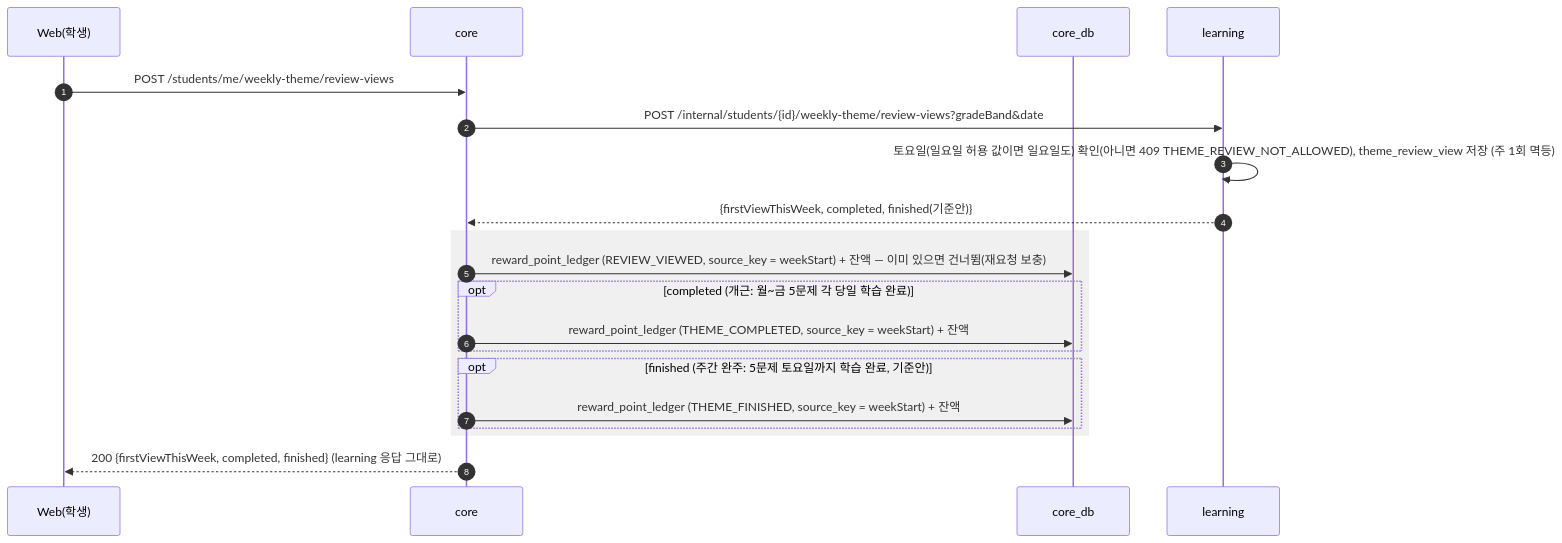
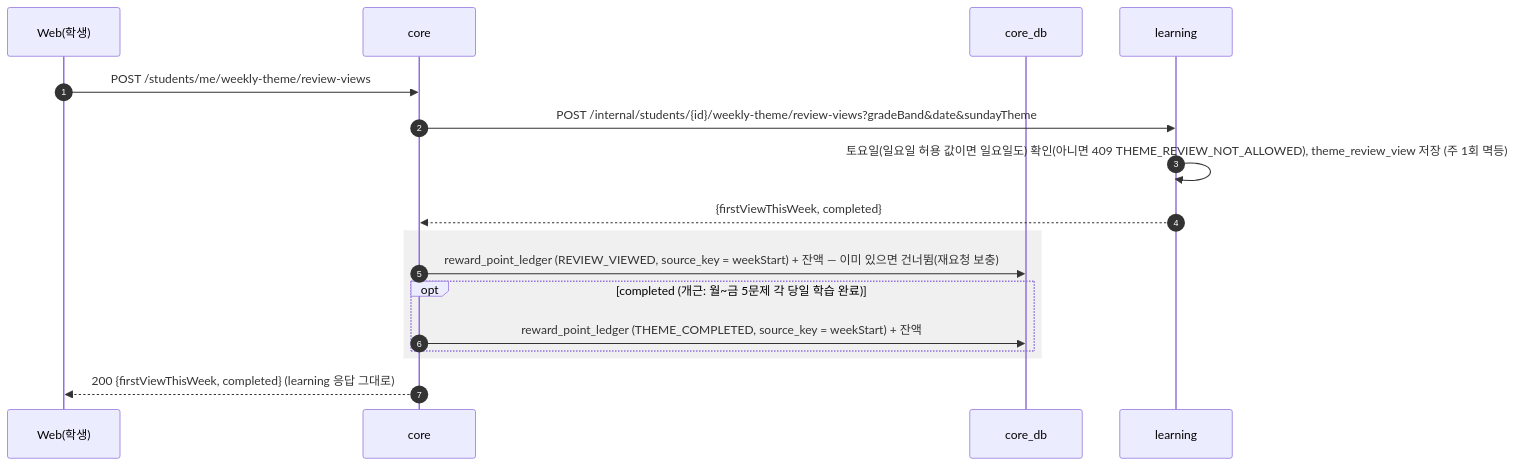
Diagram 19 of 36 in docs/design/sequence-diagram.md (SKNETWORKS-FAMILY-AICAMP/SKN34-FINAL-3TEAM), drawn with Mermaid before and after one commit. The commit also changed other lines of this file and 57 other files, not shown here.

````diff
--- a/docs/design/sequence-diagram.md
+++ b/docs/design/sequence-diagram.md
@@ -763,23 +763,20 @@
 ```mermaid
 sequenceDiagram
   autonumber
   participant W as Web(학생)
   participant C as core
   participant CDB as core_db
   participant L as learning
 
   W->>C: POST /students/me/weekly-theme/review-views
-  C->>L: POST /internal/students/{id}/weekly-theme/review-views?gradeBand&date
+  C->>L: POST /internal/students/{id}/weekly-theme/review-views?gradeBand&date&sundayTheme
   L->>L: 토요일(일요일 허용 값이면 일요일도) 확인(아니면 409 THEME_REVIEW_NOT_ALLOWED), theme_review_view 저장 (주 1회 멱등)
-  L-->>C: {firstViewThisWeek, completed, finished(기준안)}
+  L-->>C: {firstViewThisWeek, completed}
   rect rgba(128,128,128,0.12)
     C->>CDB: reward_point_ledger (REVIEW_VIEWED, source_key = weekStart) + 잔액 — 이미 있으면 건너뜀(재요청 보충)
     opt completed (개근: 월~금 5문제 각 당일 학습 완료)
       C->>CDB: reward_point_ledger (THEME_COMPLETED, source_key = weekStart) + 잔액
     end
-    opt finished (주간 완주: 5문제 토요일까지 학습 완료, 기준안)
-      C->>CDB: reward_point_ledger (THEME_FINISHED, source_key = weekStart) + 잔액
-    end
   end
-  C-->>W: 200 {firstViewThisWeek, completed, finished} (learning 응답 그대로)
+  C-->>W: 200 {firstViewThisWeek, completed} (learning 응답 그대로)
 ```
````
